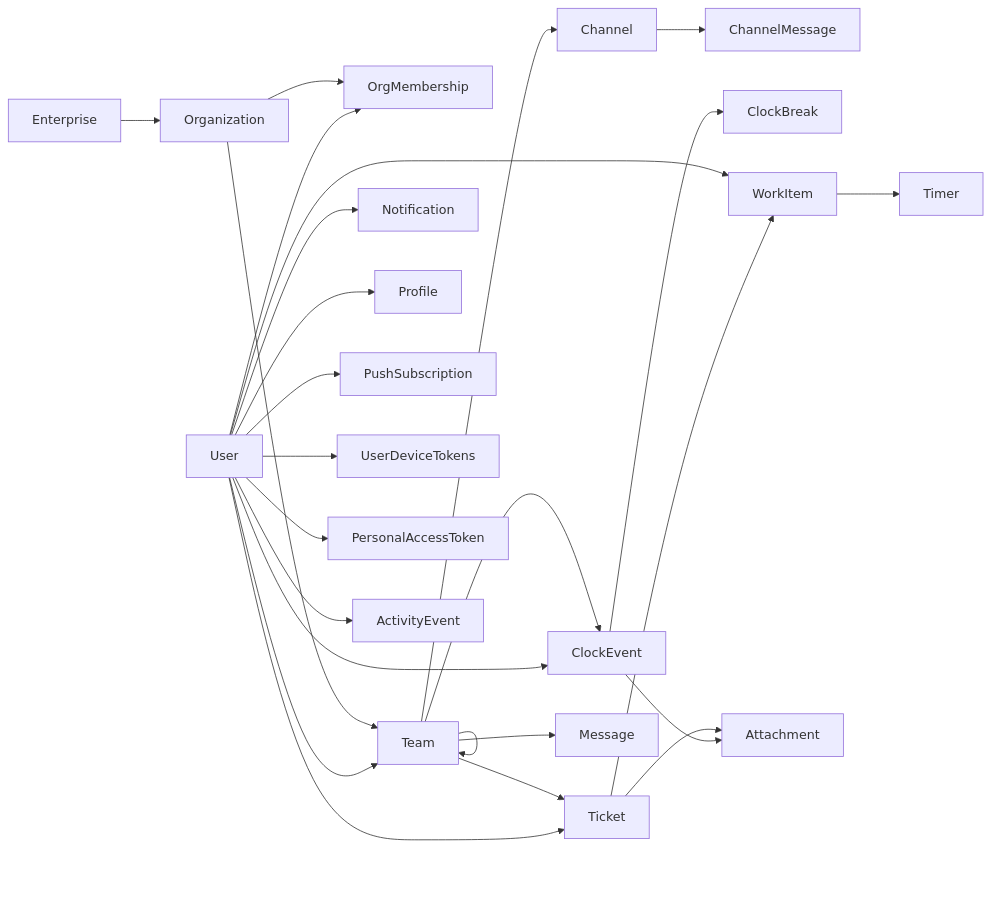
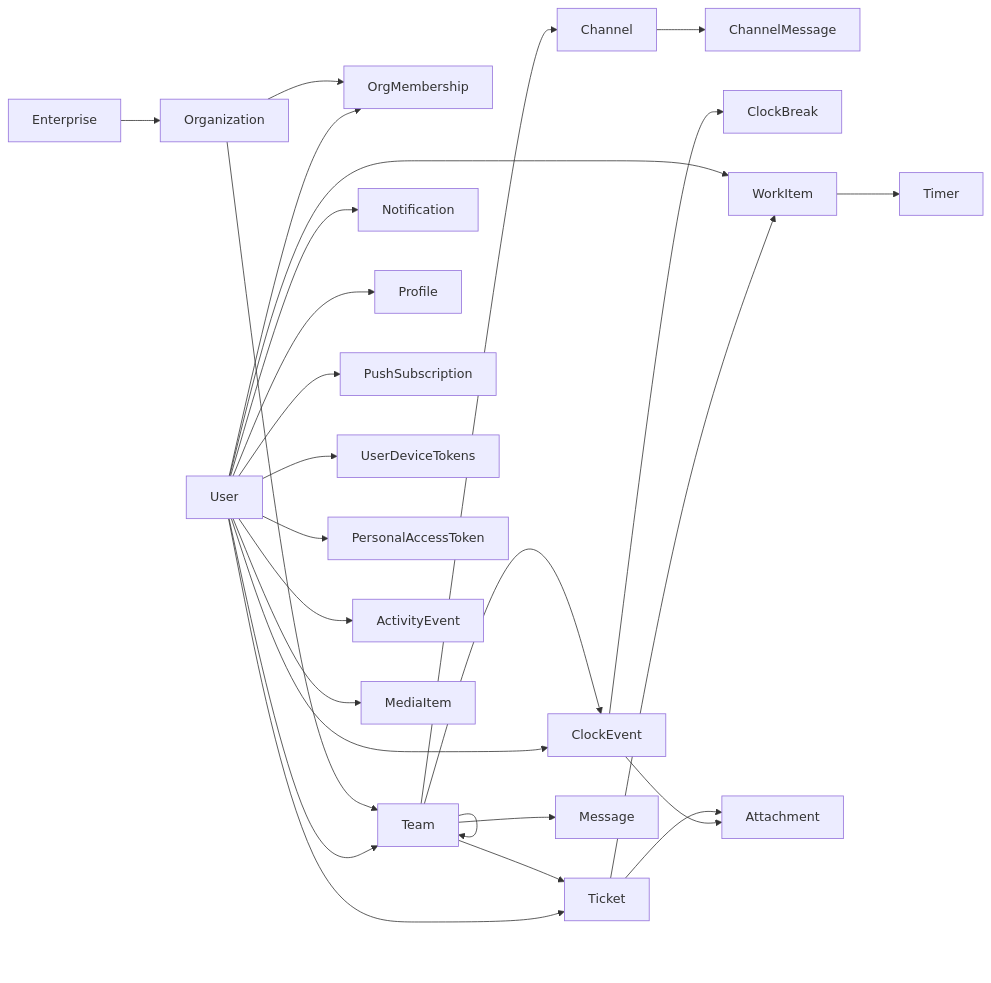
Before and after one commit to mieweb/timehuddle: the diagram in backend/DATABASE.md, drawn with Mermaid. The commit also changed other lines of this file and 1 other file, not shown here.

Commit message:
fix: update README and DATABASE documentation to include new features and schema changes

````diff
--- a/backend/DATABASE.md
+++ b/backend/DATABASE.md
@@ -19,28 +19,29 @@
 ```mermaid
 flowchart LR
   Enterprise --> Organization
   Organization --> OrgMembership
   Organization --> Team
   Team --> Team
   Team --> Ticket
   Team --> ClockEvent
   Team --> Channel
   Team --> Message
   Channel --> ChannelMessage
   User --> Team
   User --> Ticket
   User --> ClockEvent
   ClockEvent --> ClockBreak
   User --> WorkItem
   WorkItem --> Timer
   Ticket --> WorkItem
   User --> Notification
   User --> Profile
   User --> PushSubscription
   User --> UserDeviceTokens
   User --> PersonalAccessToken
   User --> ActivityEvent
   User --> OrgMembership
   Ticket --> Attachment
   ClockEvent --> Attachment
+  User --> MediaItem
 ```
````
